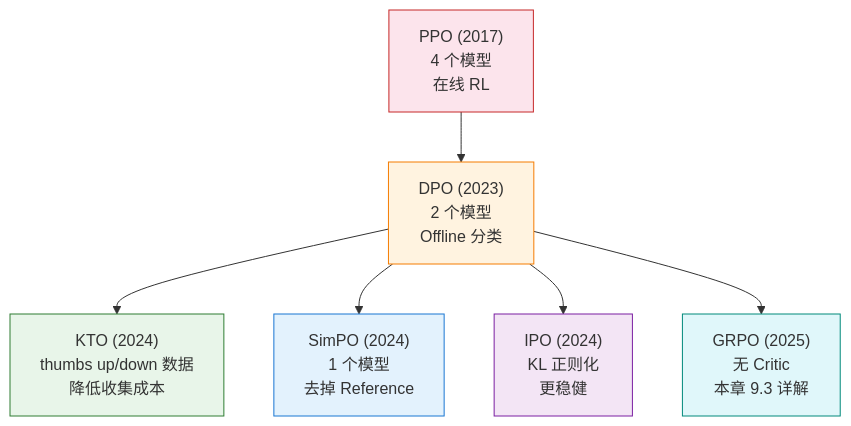
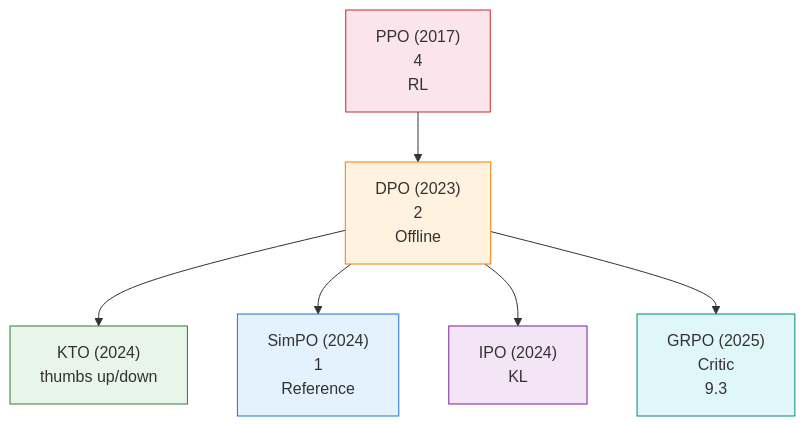
One commit to letslego/hands-on-modern-rl changed the fourth of 4 diagrams in docs/chapter09_alignment/dpo-theory-and-family.md. Above: the diagram before and after it, drawn with Mermaid. The commit also changed other lines of this file and 267 other files, not shown here.

````diff
--- a/docs/chapter09_alignment/dpo-theory-and-family.md
+++ b/docs/chapter09_alignment/dpo-theory-and-family.md
@@ -651,16 +651,16 @@
 ```mermaid
 flowchart TD
-    PPO["PPO (2017)\n4 个模型\n在线 RL"] --> DPO["DPO (2023)\n2 个模型\nOffline 分类"]
-    DPO --> KTO["KTO (2024)\nthumbs up/down 数据\n降低收集成本"]
-    DPO --> SimPO["SimPO (2024)\n1 个模型\n去掉 Reference"]
-    DPO --> IPO["IPO (2024)\nKL 正则化\n更稳健"]
+    PPO["PPO (2017)\n4 \n RL"] --> DPO["DPO (2023)\n2 \nOffline "]
+    DPO --> KTO["KTO (2024)\nthumbs up/down \n"]
+    DPO --> SimPO["SimPO (2024)\n1 \n Reference"]
+    DPO --> IPO["IPO (2024)\nKL \n"]
 
-    DPO --> GRPO["GRPO (2025)\n无 Critic\n本章 9.3 详解"]
+    DPO --> GRPO["GRPO (2025)\n Critic\n 9.3 "]
 
     style PPO fill:#fce4ec,stroke:#c62828
     style DPO fill:#fff3e0,stroke:#f57c00
     style KTO fill:#e8f5e9,stroke:#2e7d32
     style SimPO fill:#e3f2fd,stroke:#1976d2
     style IPO fill:#f3e5f5,stroke:#7b1fa2
     style GRPO fill:#e0f7fa,stroke:#00897b
 ```
````
